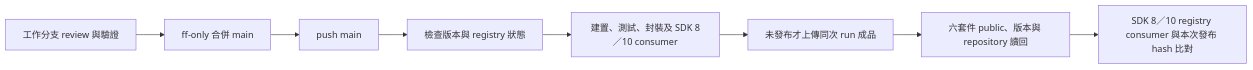
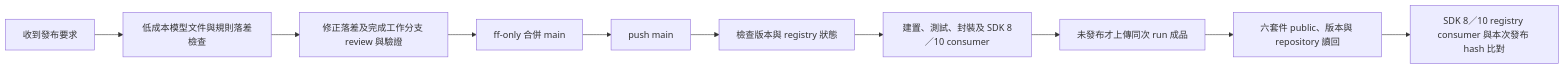
The diagram in docs/releases/cicd-plan.md (YuChia-Wei/ArchPrecept), drawn with Mermaid before and after one commit. The commit also changed other lines of this file and 2 other files, not shown here.

Commit message:
docs: require low-cost documentation review before publication

````diff
--- a/docs/releases/cicd-plan.md
+++ b/docs/releases/cicd-plan.md
@@ -16,10 +37,12 @@
 ```mermaid
 flowchart LR
-    A[工作分支 review 與驗證] --> B[ff-only 合併 main]
+    R[收到發布要求] --> S[低成本模型文件與規則落差檢查]
+    S --> A[修正落差及完成工作分支 review 與驗證]
+    A --> B[ff-only 合併 main]
     B --> C[push main]
     C --> D[檢查版本與 registry 狀態]
     D --> E[建置、測試、封裝及 SDK 8／10 consumer]
     E --> F[未發布才上傳同次 run 成品]
     F --> G[六套件 public、版本與 repository 讀回]
     G --> H[SDK 8／10 registry consumer 與本次發布 hash 比對]
 ```
````
